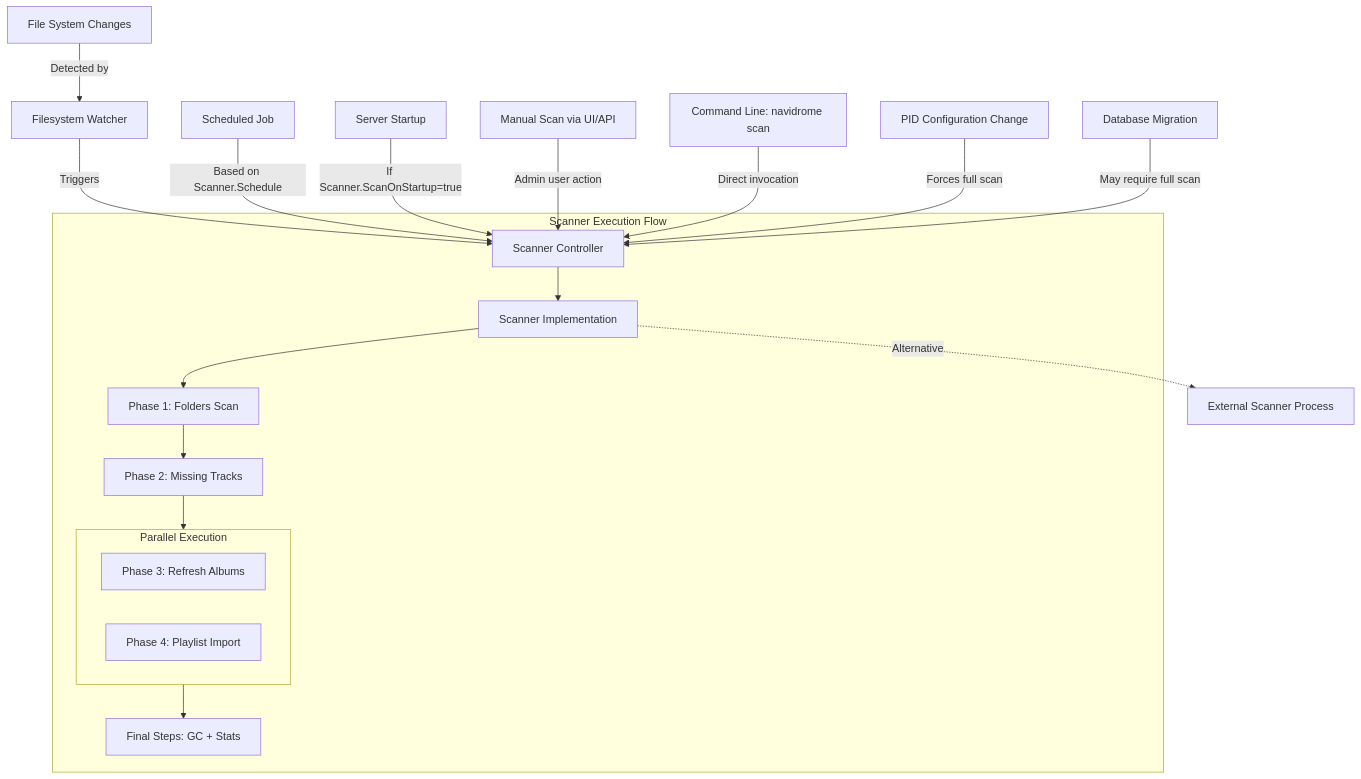
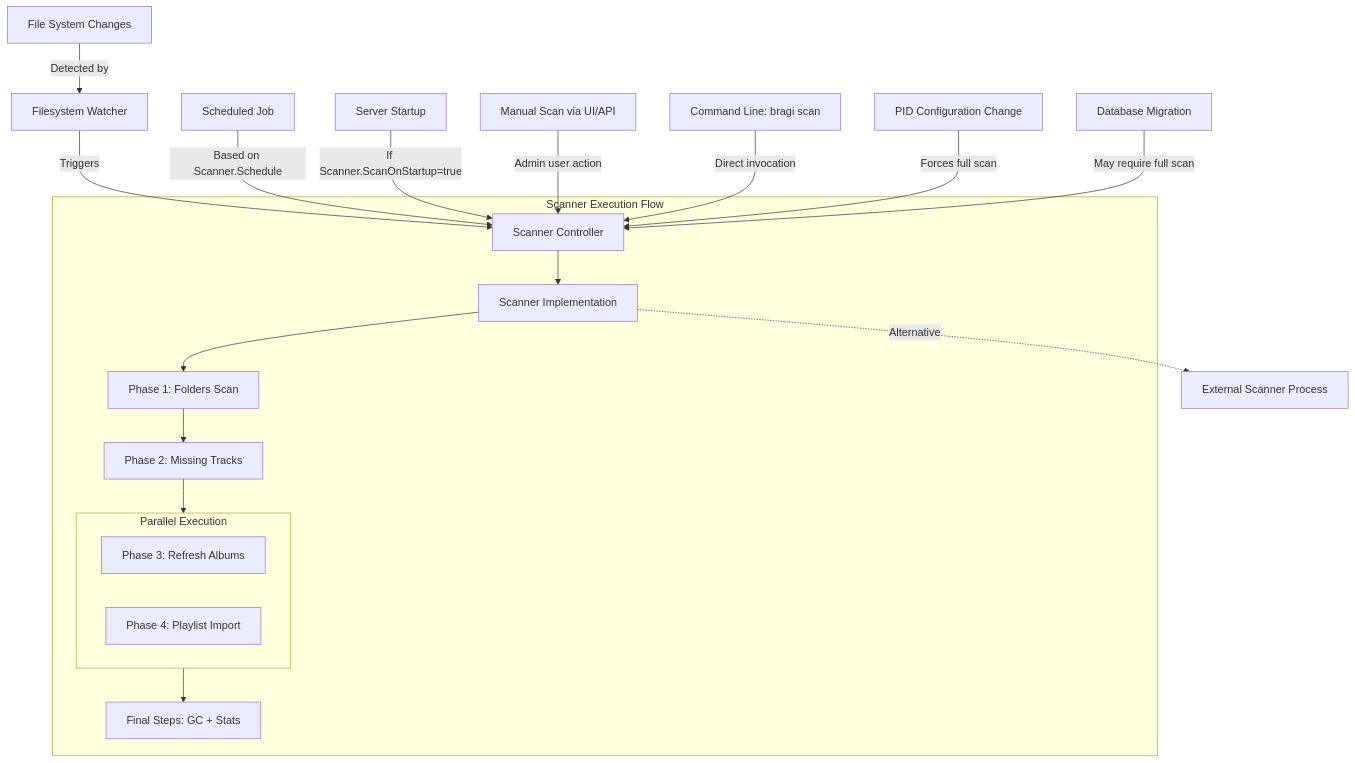
One commit to Kinanqazan/Bragi changed the first of 7 diagrams in scanner/README.md. Above: the diagram before and after it, drawn with Mermaid. The commit also changed other lines of this file and 704 other files, not shown here.

````diff
--- a/scanner/README.md
+++ b/scanner/README.md
@@ -9,31 +9,31 @@
 ```mermaid
 flowchart TD
     subgraph "Scanner Execution Flow"
         Controller[Scanner Controller] --> Scanner[Scanner Implementation]
         
         Scanner --> Phase1[Phase 1: Folders Scan]
         Phase1 --> Phase2[Phase 2: Missing Tracks]
         
         Phase2 --> ParallelPhases
         
         subgraph ParallelPhases["Parallel Execution"]
             Phase3[Phase 3: Refresh Albums]
             Phase4[Phase 4: Playlist Import]
         end
         
         ParallelPhases --> FinalSteps[Final Steps: GC + Stats]
     end
     
     %% Triggers that can initiate a scan
     FileChanges[File System Changes] -->|Detected by| Watcher[Filesystem Watcher]
     Watcher -->|Triggers| Controller
     
     ScheduledJob[Scheduled Job] -->|Based on Scanner.Schedule| Controller
     ServerStartup[Server Startup] -->|If Scanner.ScanOnStartup=true| Controller
     ManualTrigger[Manual Scan via UI/API] -->|Admin user action| Controller
-    CLICommand[Command Line: navidrome scan] -->|Direct invocation| Controller
+    CLICommand[Command Line: bragi scan] -->|Direct invocation| Controller
     PIDChange[PID Configuration Change] -->|Forces full scan| Controller
     DBMigration[Database Migration] -->|May require full scan| Controller
     
     Scanner -.->|Alternative| External[External Scanner Process]
 ```
````
